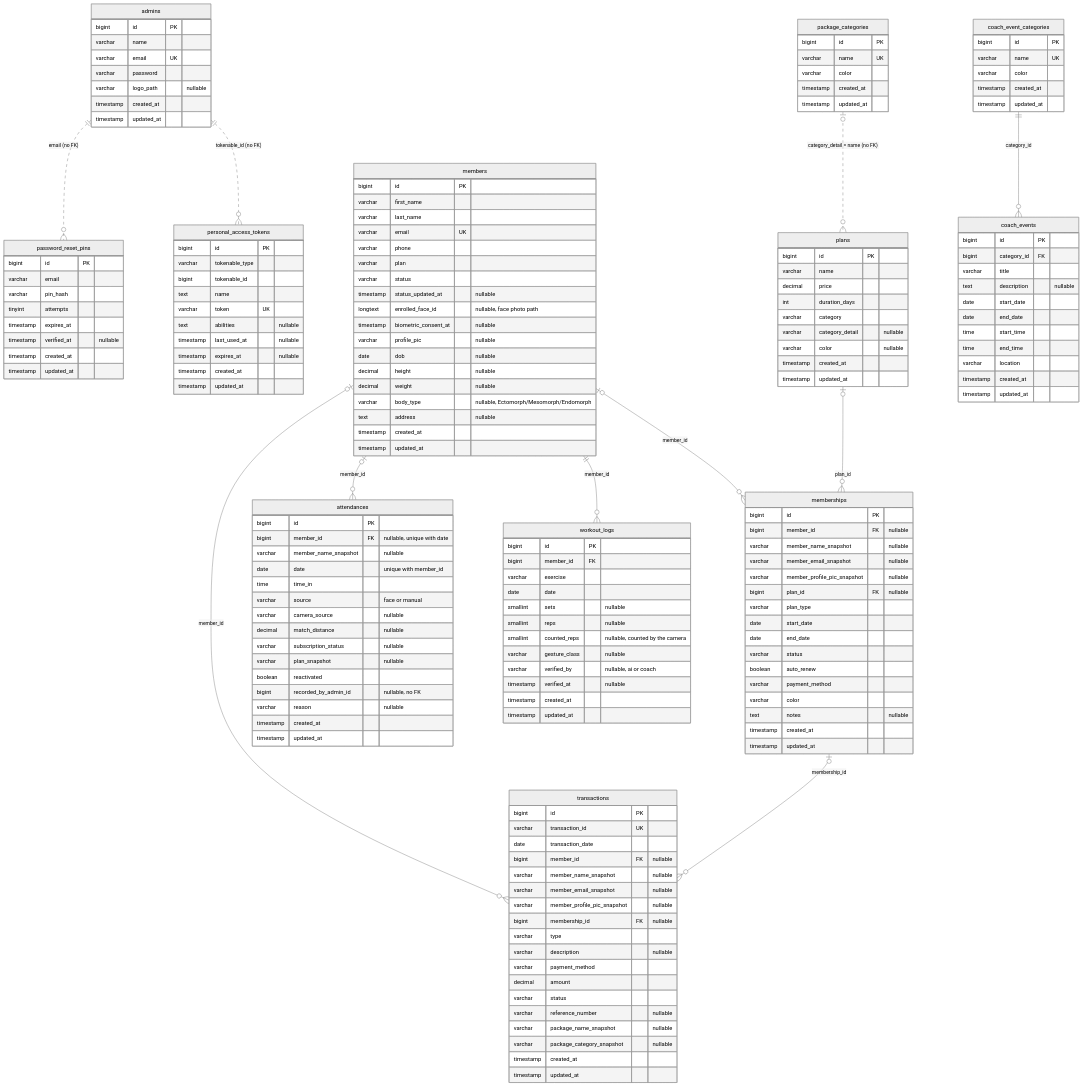
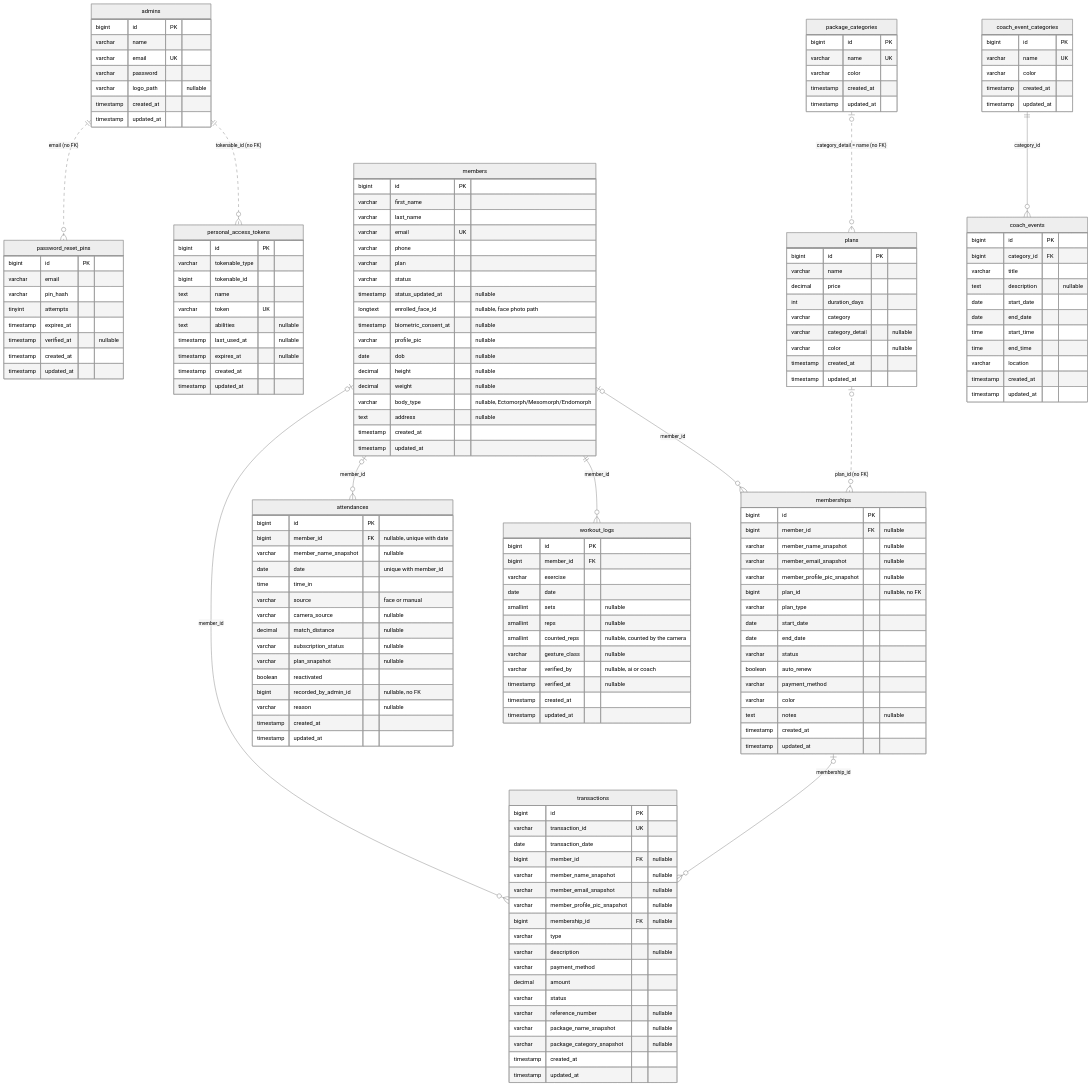
Before and after one commit to Plonteras191/GYM2-CAPSTONE: the ninth of 9 diagrams in Updated Current Plan For Development/Chapter4_Diagrams (2).md, drawn with Mermaid (neutral theme). The commit also changed other lines of this file and 7 other files, not shown here.

First line of the commit message:
docs(diagrams): align Chapter 4 and Correct_Diagrams with the system as built

```diff
--- a/Updated Current Plan For Development/Chapter4_Diagrams (2).md
+++ b/Updated Current Plan For Development/Chapter4_Diagrams (2).md
@@ -609,7 +678,7 @@
         varchar member_name_snapshot "nullable"
         varchar member_email_snapshot "nullable"
         varchar member_profile_pic_snapshot "nullable"
-        bigint plan_id FK "nullable"
+        bigint plan_id "nullable, no FK"
         varchar plan_type
         date start_date
         date end_date
@@ -696,7 +765,7 @@
     admins ||..o{ personal_access_tokens : "tokenable_id (no FK)"
     admins ||..o{ password_reset_pins : "email (no FK)"
     members |o--o{ memberships : "member_id"
-    plans |o--o{ memberships : "plan_id"
+    plans |o..o{ memberships : "plan_id (no FK)"
     package_categories |o..o{ plans : "category_detail = name (no FK)"
     members |o--o{ transactions : "member_id"
     memberships |o--o{ transactions : "membership_id"
```
